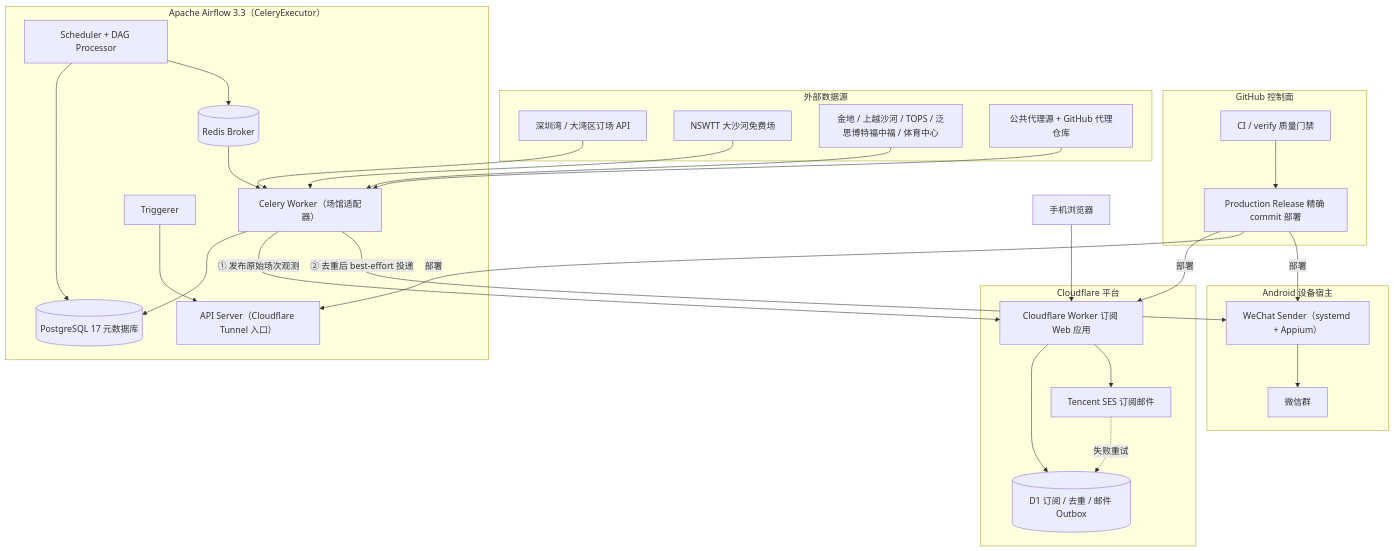
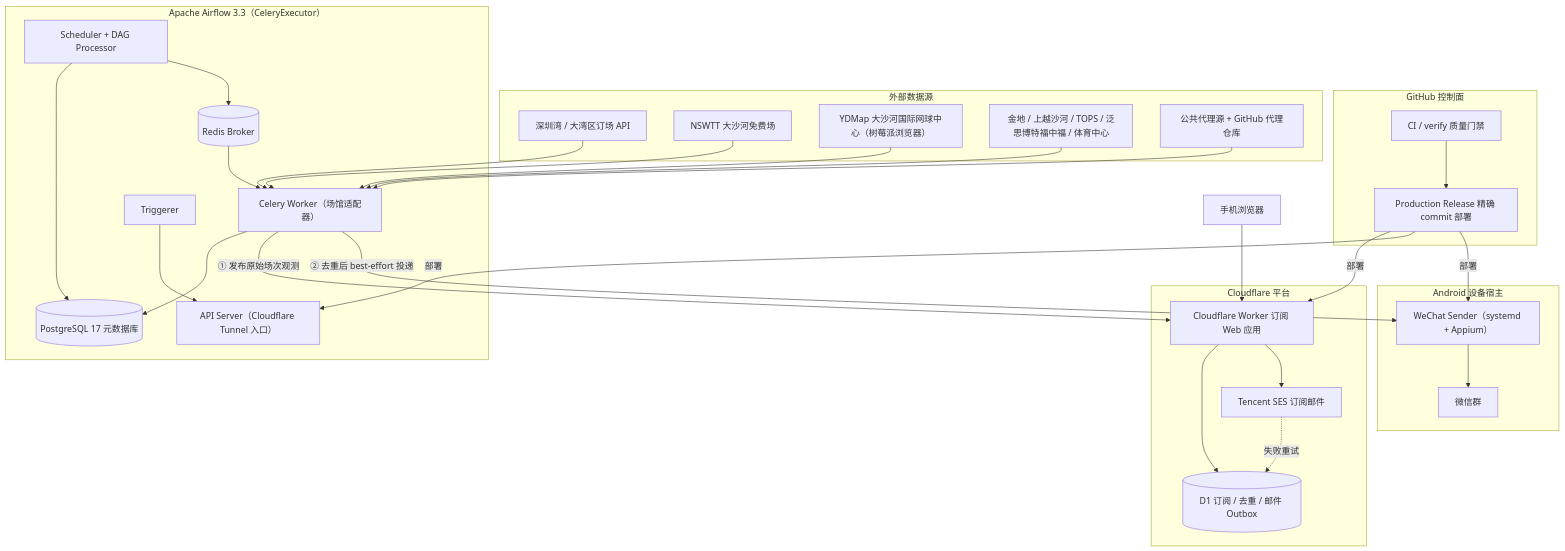
Before and after one commit to claude89757/wechat-on-airflow: the diagram in README.md, drawn with Mermaid. The commit also changed other lines of this file and 40 other files, not shown here.

````diff
--- a/README.md
+++ b/README.md
@@ -24,58 +24,60 @@
 ```mermaid
 flowchart TB
     subgraph control["GitHub 控制面"]
         CI["CI / verify 质量门禁"]
         Release["Production Release 精确 commit 部署"]
         CI --> Release
     end
 
     subgraph sources["外部数据源"]
         SZ["深圳湾 / 大湾区订场 API"]
         NSWTT["NSWTT 大沙河免费场"]
+        YDMAP["YDMap 大沙河国际网球中心（树莓派浏览器）"]
         VENUES["金地 / 上越沙河 / TOPS / 泛思博特福中福 / 体育中心"]
         PROXY["公共代理源 + GitHub 代理仓库"]
     end
 
     subgraph airflow["Apache Airflow 3.3（CeleryExecutor）"]
         Scheduler["Scheduler + DAG Processor"]
         Worker["Celery Worker（场馆适配器）"]
         Triggerer["Triggerer"]
         DB[("PostgreSQL 17 元数据库")]
         Redis[("Redis Broker")]
         ApiSrv["API Server（Cloudflare Tunnel 入口）"]
         Scheduler --> DB
         Scheduler --> Redis
         Redis --> Worker
         Worker --> DB
         Triggerer --> ApiSrv
     end
 
     subgraph cf["Cloudflare 平台"]
         WebApp["Cloudflare Worker 订阅 Web 应用"]
         D1[("D1 订阅 / 去重 / 邮件 Outbox")]
         SES["Tencent SES 订阅邮件"]
         WebApp --> D1
         WebApp --> SES
         SES -. 失败重试 .-> D1
     end
 
     subgraph android["Android 设备宿主"]
         Sender["WeChat Sender（systemd + Appium）"]
         Chat["微信群"]
         Sender --> Chat
     end
 
     Browser["手机浏览器"] --> WebApp
 
     SZ --> Worker
     NSWTT --> Worker
+    YDMAP --> Worker
     VENUES --> Worker
     PROXY --> Worker
 
     Worker -->|"① 发布原始场次观测"| WebApp
     Worker -->|"② 去重后 best-effort 投递"| Sender
 
     Release -->|"部署"| WebApp
     Release -->|"部署"| ApiSrv
     Release -->|"部署"| Sender
 ```
````
